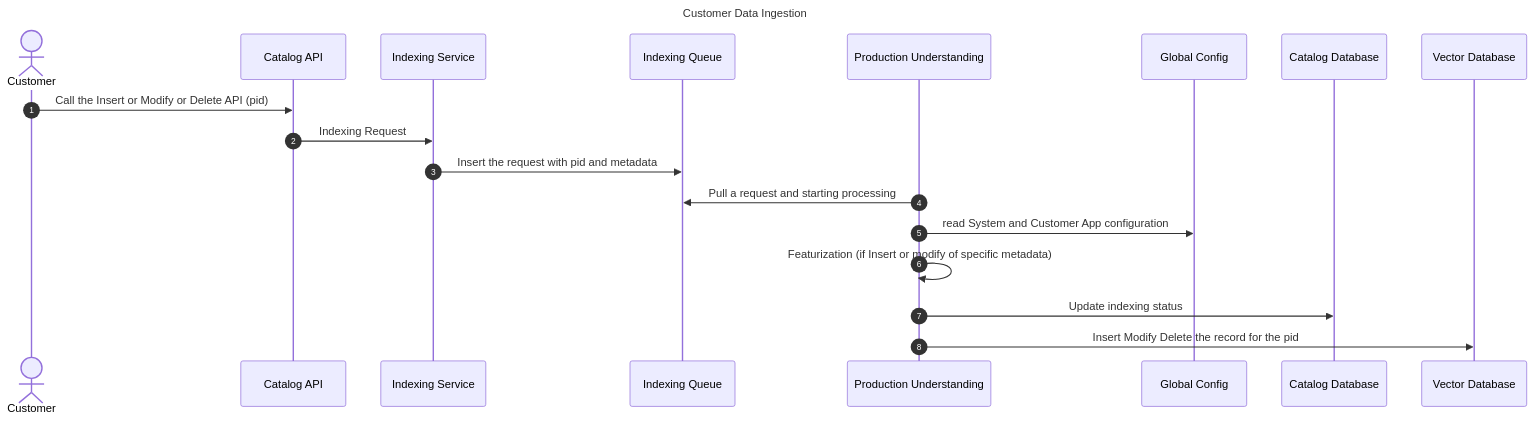
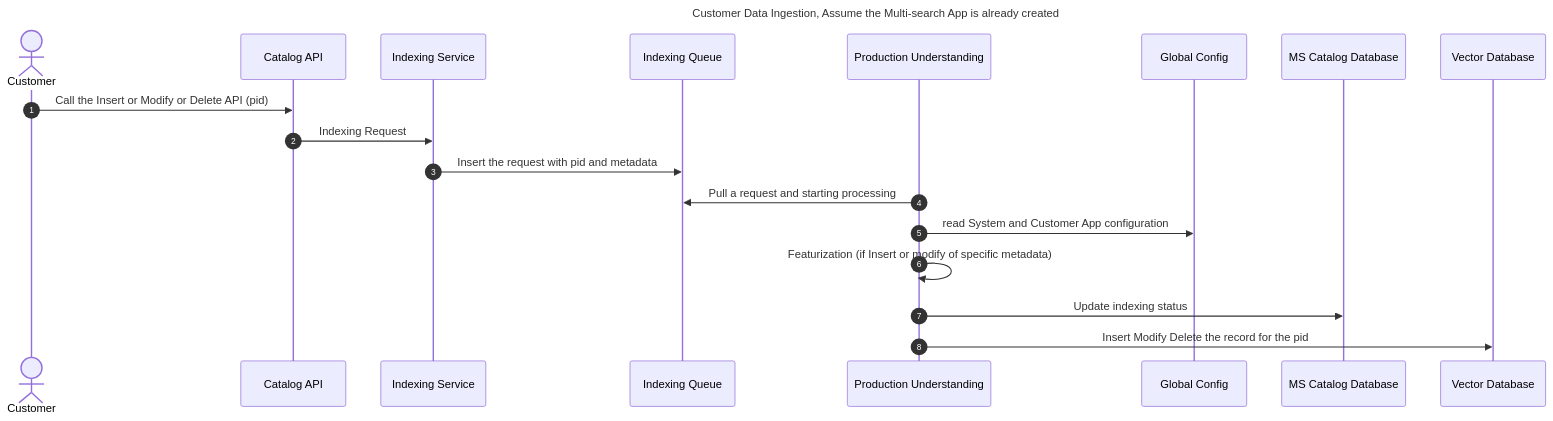
One commit to zchangvs/diagram changed the diagram in Ingest_data_via_API.md. Above: the diagram before and after it, drawn with Mermaid.

````diff
--- a/Ingest_data_via_API.md
+++ b/Ingest_data_via_API.md
@@ -1,14 +1,14 @@
 ```mermaid
 sequenceDiagram
     autonumber
-    title Customer Data Ingestion
+    title Customer Data Ingestion, Assume the Multi-search App is already created
     Actor Customer
     Customer->> Catalog API: Call the Insert or Modify or Delete API (pid)
     Catalog API ->> Indexing Service: Indexing Request
     Indexing Service ->> Indexing Queue: Insert the request with pid and metadata
     Production Understanding ->> Indexing Queue : Pull a request and starting processing
     Production Understanding ->> Global Config: read System and Customer App configuration
     Production Understanding ->> Production Understanding: Featurization (if Insert or modify of specific metadata)
-    Production Understanding ->> Catalog Database : Update indexing status
+    Production Understanding ->> MS Catalog Database : Update indexing status
     Production Understanding ->> Vector Database: Insert Modify Delete the record for the pid
 ```
````
